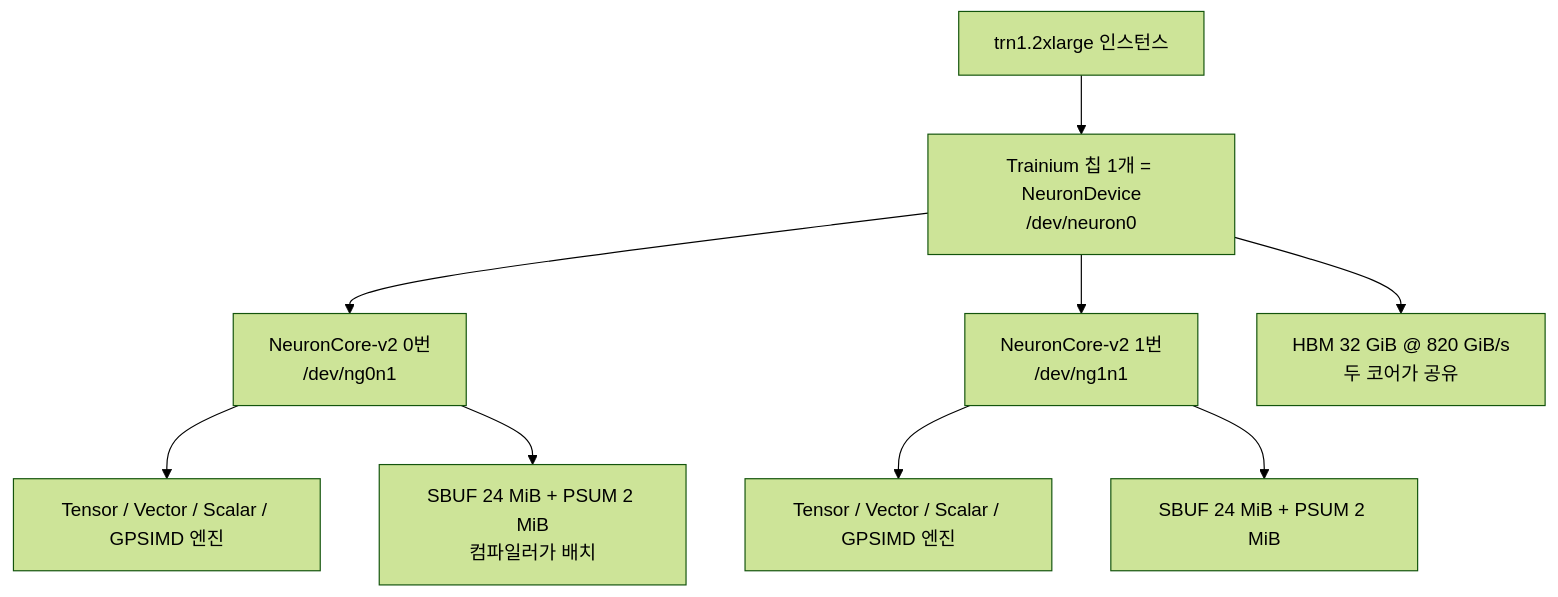
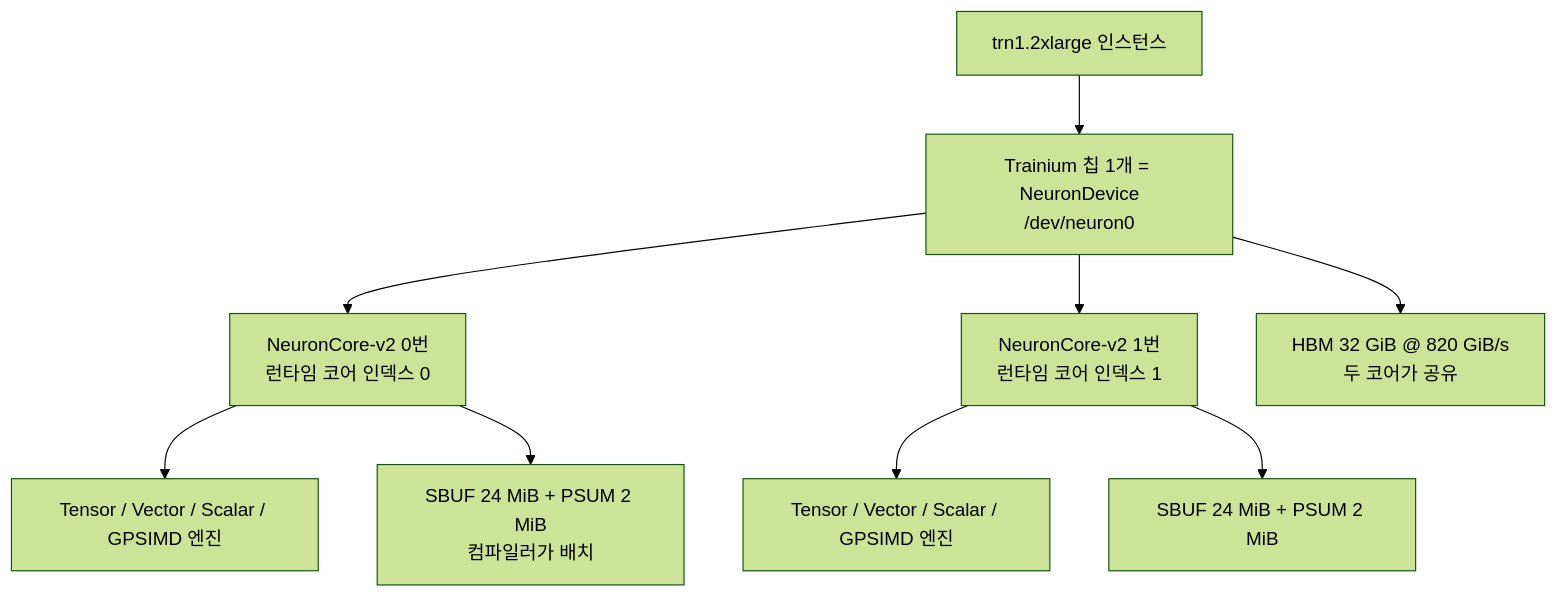
One commit to sirzzang/sirzzang.github.io changed the first of 3 diagrams in _posts/2026-09-11-Kubernetes-LLM-Serving-Optimization-08-01-AWS-Accelerators.md. Above: the diagram before and after it, drawn with Mermaid (forest theme). The commit also changed other lines of this file and 8 other files, not shown here.

````diff
--- a/_posts/2026-09-11-Kubernetes-LLM-Serving-Optimization-08-01-AWS-Accelerators.md
+++ b/_posts/2026-09-11-Kubernetes-LLM-Serving-Optimization-08-01-AWS-Accelerators.md
@@ -282,11 +282,11 @@
 ```mermaid
 flowchart TD
     INST["trn1.2xlarge 인스턴스"] --> CHIP["Trainium 칩 1개 = NeuronDevice<br/>/dev/neuron0"]
-    CHIP --> CORE0["NeuronCore-v2 0번<br/>/dev/ng0n1"]
-    CHIP --> CORE1["NeuronCore-v2 1번<br/>/dev/ng1n1"]
+    CHIP --> CORE0["NeuronCore-v2 0번<br/>런타임 코어 인덱스 0"]
+    CHIP --> CORE1["NeuronCore-v2 1번<br/>런타임 코어 인덱스 1"]
     CHIP --> HBM["HBM 32 GiB @ 820 GiB/s<br/>두 코어가 공유"]
     CORE0 --> ENG0["Tensor / Vector / Scalar / GPSIMD 엔진"]
     CORE0 --> SB0["SBUF 24 MiB + PSUM 2 MiB<br/>컴파일러가 배치"]
     CORE1 --> ENG1["Tensor / Vector / Scalar / GPSIMD 엔진"]
     CORE1 --> SB1["SBUF 24 MiB + PSUM 2 MiB"]
 ```
````
